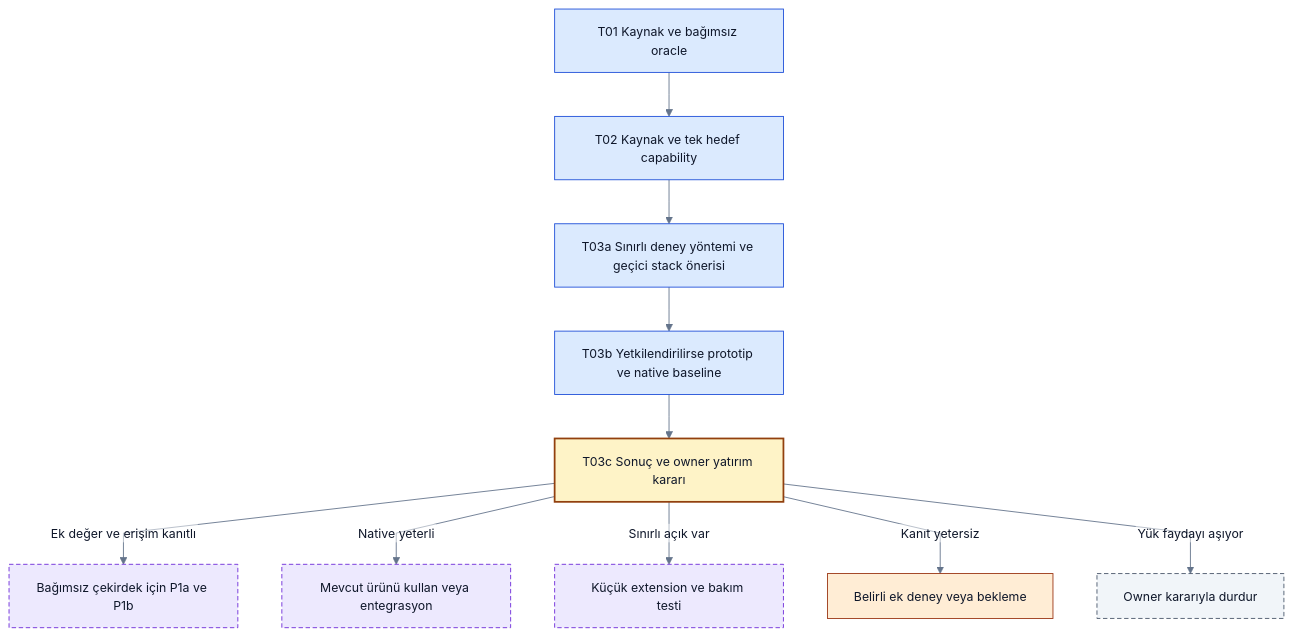
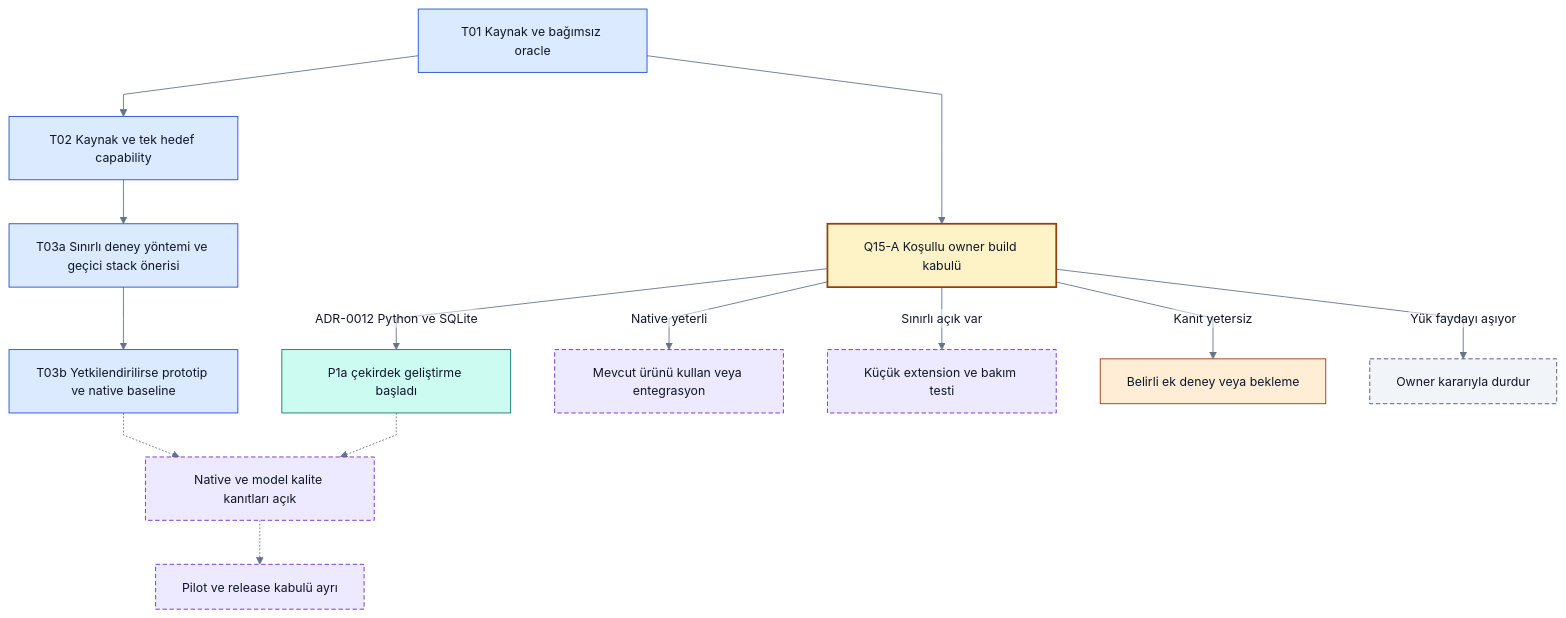
Before and after one commit to alphanAkbulut/decivora: the diagram in docs/product/current-direction.md, drawn with Mermaid. The commit also changed other lines of this file and 35 other files, not shown here.

First line of the commit message:
Deliver T04 Python runtime scaffold and accept conditional MVP build decision

````diff
--- a/docs/product/current-direction.md
+++ b/docs/product/current-direction.md
@@ -37,25 +37,30 @@
 ```mermaid
 %%{init: {"theme":"base","themeVariables":{"fontFamily":"Arial, sans-serif","fontSize":"14px","primaryColor":"#eff6ff","primaryTextColor":"#0f172a","primaryBorderColor":"#1d4ed8","lineColor":"#64748b","secondaryColor":"#ccfbf1","tertiaryColor":"#f1f5f9","background":"#ffffff","mainBkg":"#eff6ff","textColor":"#0f172a","clusterBkg":"#f8fafc","clusterBorder":"#94a3b8","edgeLabelBackground":"#ffffff","actorBkg":"#eff6ff","actorTextColor":"#0f172a","actorBorder":"#1d4ed8","signalColor":"#64748b","signalTextColor":"#0f172a","noteBkgColor":"#fef3c7","noteTextColor":"#0f172a","noteBorderColor":"#92400e"},"flowchart":{"htmlLabels":false,"curve":"linear"},"sequence":{"wrap":true},"themeCSS":"background-color:#ffffff;"}}%%
 flowchart TD
     accTitle: Güncel ilk deney ve owner yatırım kararı
     accDescr: Önerilen tasarım veya açıkça belirtilen sentetik örnek. Renkler alan ve kontrol türünü gösterir; implemented veya passed kanıtı değildir. Yetki, revision ve coverage sınırları korunur.
     T1["T01 Kaynak ve bağımsız oracle"] --> T2["T02 Kaynak ve tek hedef capability"]
     T2 --> A["T03a Sınırlı deney yöntemi ve geçici stack önerisi"]
     A --> P["T03b Yetkilendirilirse prototip ve native baseline"]
-    P --> R["T03c Sonuç ve owner yatırım kararı"]
-    R -->|Ek değer ve erişim kanıtlı| B["Bağımsız çekirdek için P1a ve P1b"]
+    P -.-> Q["Native ve model kalite kanıtları açık"]
+    T1 --> R["Q15-A Koşullu owner build kabulü"]
+    R -->|ADR-0012 Python ve SQLite| B["P1a çekirdek geliştirme başladı"]
+    B -.-> Q
+    Q -.-> PILOT["Pilot ve release kabulü ayrı"]
     R -->|Native yeterli| N["Mevcut ürünü kullan veya entegrasyon"]
     R -->|Sınırlı açık var| E["Küçük extension ve bakım testi"]
     R -->|Kanıt yetersiz| U["Belirli ek deney veya bekleme"]
     R -->|Yük faydayı aşıyor| S["Owner kararıyla durdur"]
     classDef process fill:#dbeafe,stroke:#1d4ed8,color:#0f172a
     classDef gate fill:#fef3c7,stroke:#92400e,color:#0f172a,stroke-width:2px
     classDef future fill:#ede9fe,stroke:#6d28d9,color:#0f172a,stroke-dasharray:5 3
     classDef warning fill:#ffedd5,stroke:#9a3412,color:#0f172a
     classDef history fill:#f1f5f9,stroke:#475569,color:#0f172a,stroke-dasharray:5 3
     class T1,T2,A,P process
     class R gate
-    class B,N,E future
+    class N,E,Q,PILOT future
+    classDef accepted fill:#ccfbf1,stroke:#0f766e,color:#0f172a
+    class B accepted
     class U warning
     class S history
 ```
````
